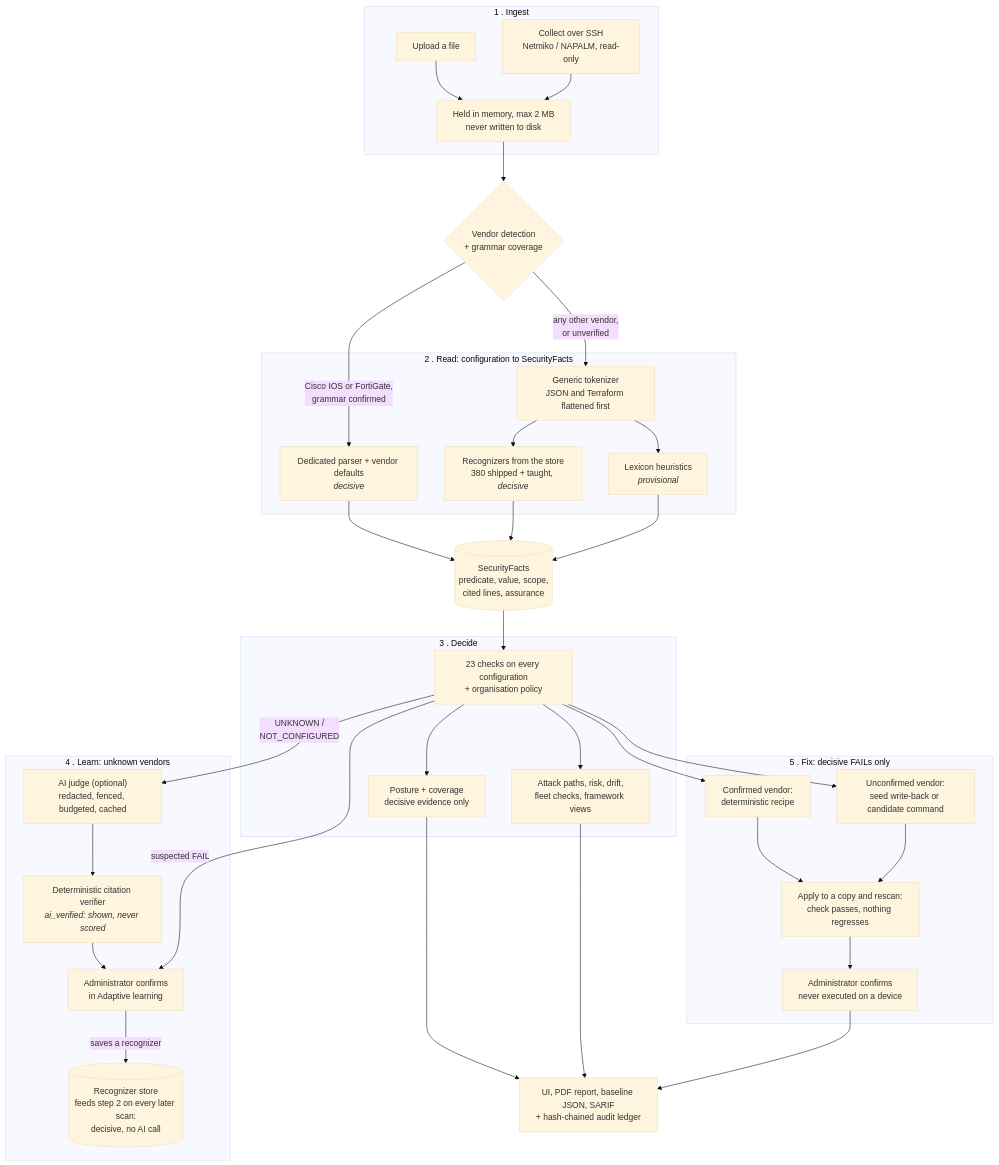
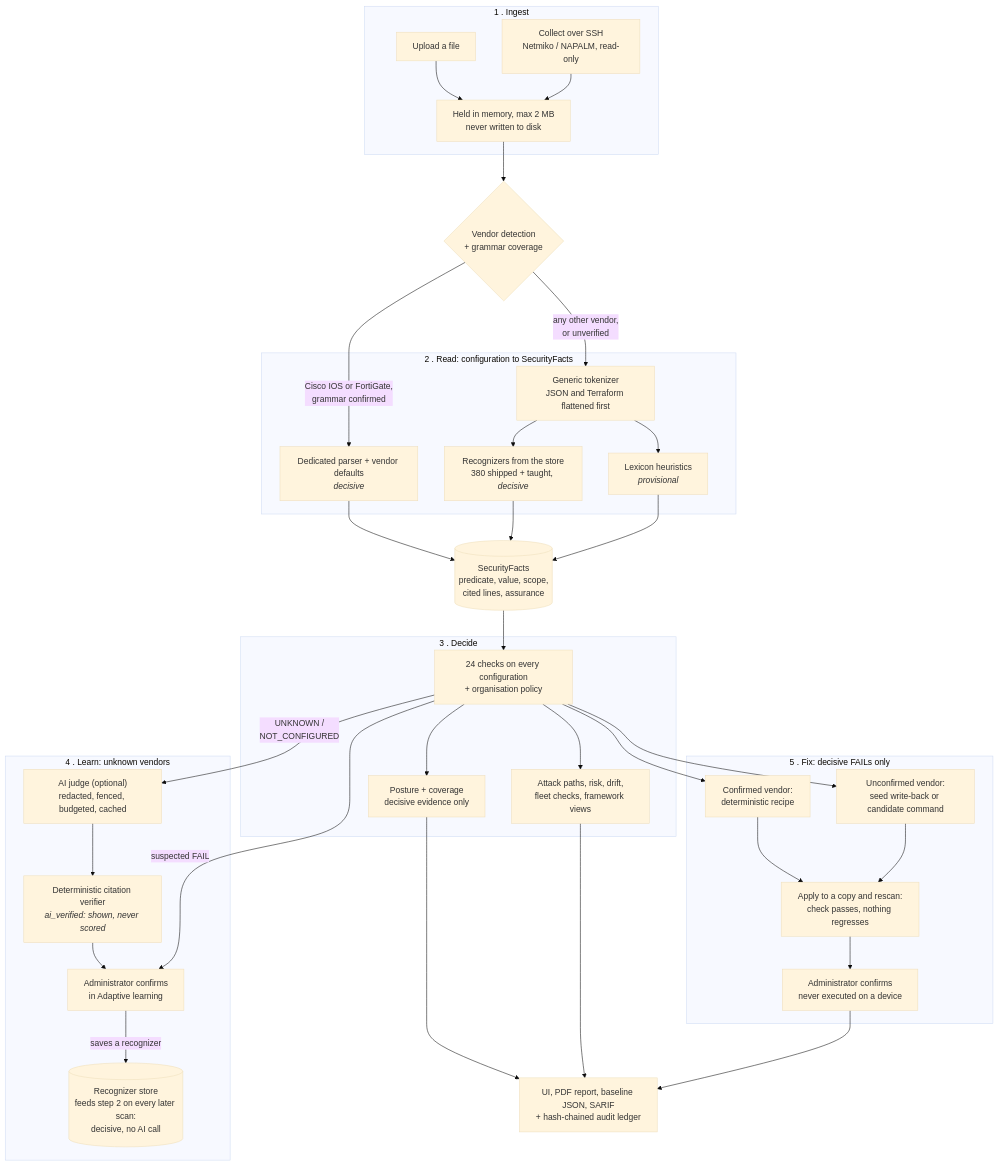
Before and after one commit to astrilo-monk/sih-26155: the diagram in README.md, drawn with Mermaid (base theme). The commit also changed other lines of this file and 44 other files, not shown here.

````diff
--- a/README.md
+++ b/README.md
@@ -111,66 +111,66 @@
 ```mermaid
 flowchart TD
     subgraph S1["1 . Ingest"]
         UP["Upload a file"]
         SSH["Collect over SSH<br/>Netmiko / NAPALM, read-only"]
         MEM["Held in memory, max 2 MB<br/>never written to disk"]
         UP --> MEM
         SSH --> MEM
     end
 
     MEM --> DET{"Vendor detection<br/>+ grammar coverage"}
 
     subgraph S2["2 . Read: configuration to SecurityFacts"]
         PAR["Dedicated parser + vendor defaults<br/><i>decisive</i>"]
         TOK["Generic tokenizer<br/>JSON and Terraform flattened first"]
         REC["Recognizers from the store<br/>380 shipped + taught, <i>decisive</i>"]
         HEU["Lexicon heuristics<br/><i>provisional</i>"]
         TOK --> REC
         TOK --> HEU
     end
 
     DET -->|"Cisco IOS or FortiGate,<br/>grammar confirmed"| PAR
     DET -->|"any other vendor,<br/>or unverified"| TOK
 
     FACTS[("SecurityFacts<br/>predicate, value, scope,<br/>cited lines, assurance")]
     PAR --> FACTS
     REC --> FACTS
     HEU --> FACTS
 
     subgraph S3["3 . Decide"]
-        CTL["23 checks on every configuration<br/>+ organisation policy"]
+        CTL["24 checks on every configuration<br/>+ organisation policy"]
         SCORE["Posture + coverage<br/>decisive evidence only"]
         CTX["Attack paths, risk, drift,<br/>fleet checks, framework views"]
         CTL --> SCORE
         CTL --> CTX
     end
     FACTS --> CTL
 
     subgraph S4["4 . Learn: unknown vendors"]
         JUDGE["AI judge (optional)<br/>redacted, fenced, budgeted, cached"]
         VER["Deterministic citation verifier<br/><i>ai_verified: shown, never scored</i>"]
         HUM["Administrator confirms<br/>in Adaptive learning"]
         DB[("Recognizer store<br/>feeds step 2 on every later scan:<br/>decisive, no AI call")]
         JUDGE --> VER --> HUM
         HUM -->|"saves a recognizer"| DB
     end
     CTL -->|"UNKNOWN /<br/>NOT_CONFIGURED"| JUDGE
     CTL -->|"suspected FAIL"| HUM
 
     subgraph S5["5 . Fix: decisive FAILs only"]
         RCP["Confirmed vendor:<br/>deterministic recipe"]
         WB["Unconfirmed vendor:<br/>seed write-back or candidate command"]
         RESCAN["Apply to a copy and rescan:<br/>check passes, nothing regresses"]
         OK["Administrator confirms<br/>never executed on a device"]
         RCP --> RESCAN
         WB --> RESCAN
         RESCAN --> OK
     end
     CTL --> RCP
     CTL --> WB
 
     OUT["UI, PDF report, baseline JSON, SARIF<br/>+ hash-chained audit ledger"]
     SCORE --> OUT
     CTX --> OUT
     OK --> OUT
 ```
````
